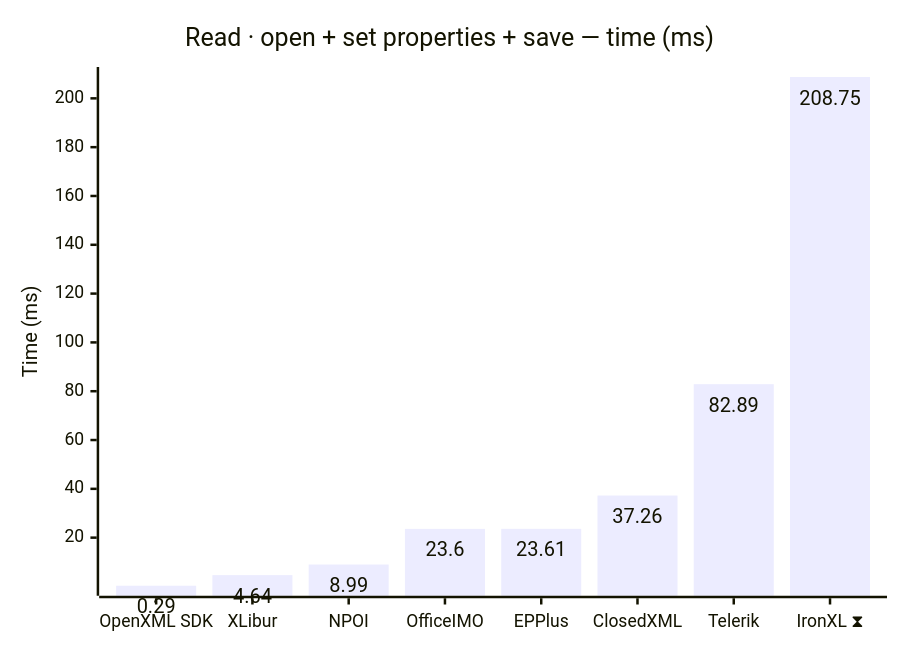
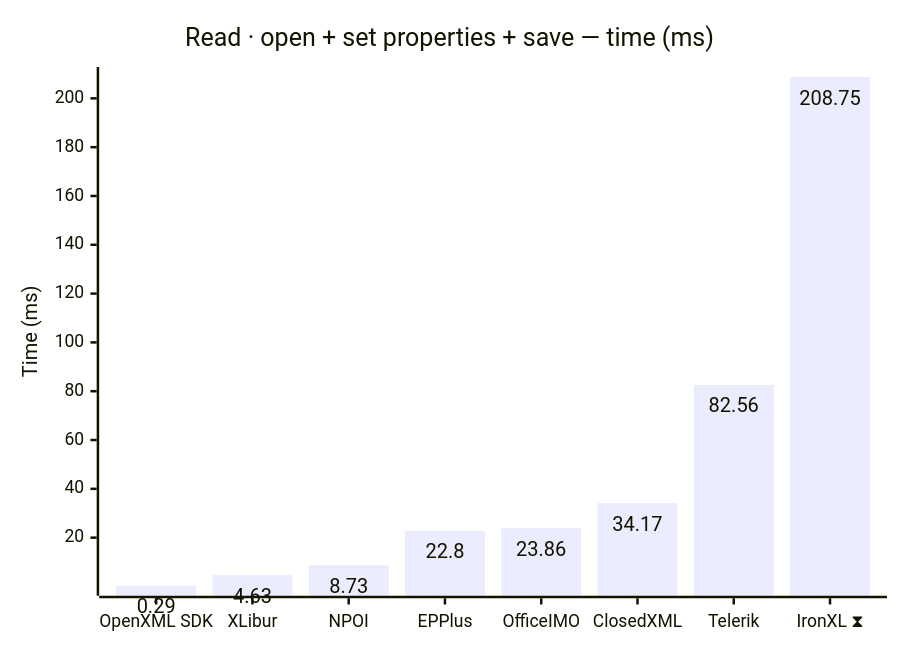
The first of 12 diagrams in docs/results.md (jafin/XLBench), drawn with Mermaid before and after one commit. The commit also changed other lines of this file and 7 other files, not shown here.

````diff
--- a/docs/results.md
+++ b/docs/results.md
@@ -42,12 +42,12 @@
 ```mermaid
 ---
 config:
   xyChart:
     showDataLabel: true
 ---
 xychart-beta
     title "Read · open + set properties + save — time (ms)"
-    x-axis ["OpenXML SDK", "XLibur", "NPOI", "OfficeIMO", "EPPlus", "ClosedXML", "Telerik", "IronXL ⧗"]
+    x-axis ["OpenXML SDK", "XLibur", "NPOI", "EPPlus", "OfficeIMO", "ClosedXML", "Telerik", "IronXL ⧗"]
     y-axis "Time (ms)"
-    bar [0.29, 4.64, 8.99, 23.6, 23.61, 37.26, 82.89, 208.75]
+    bar [0.29, 4.63, 8.73, 22.8, 23.86, 34.17, 82.56, 208.75]
 ```
````
